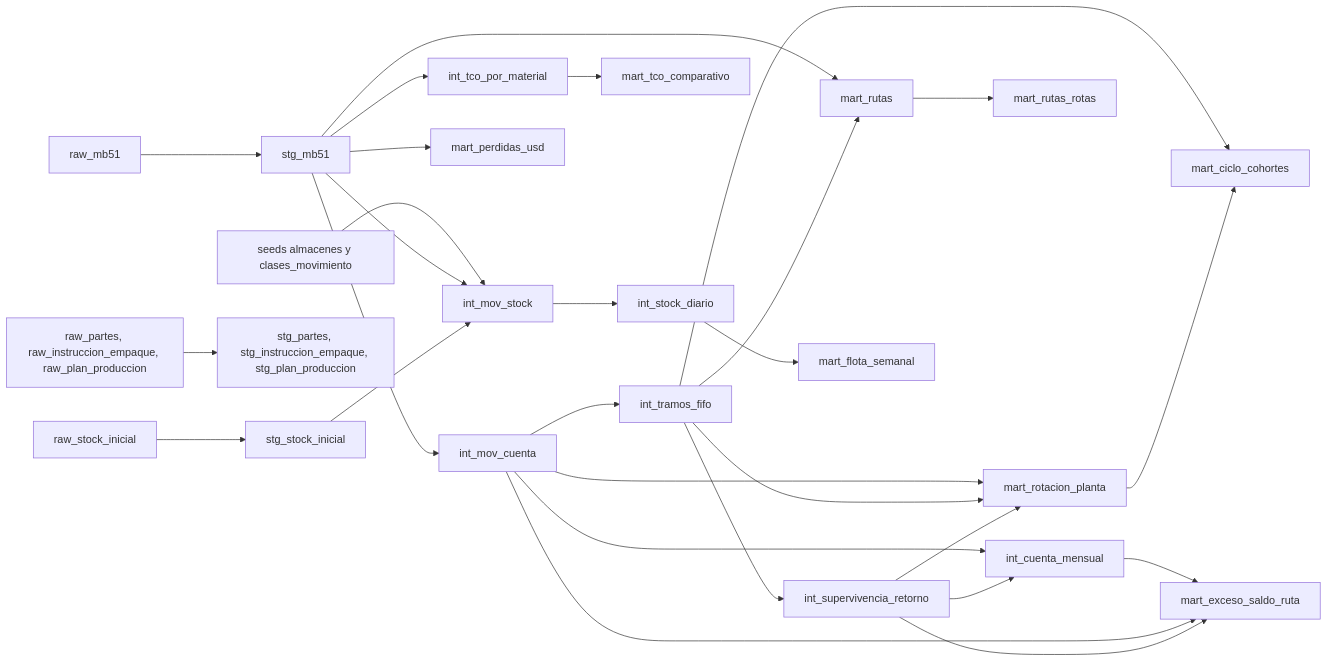
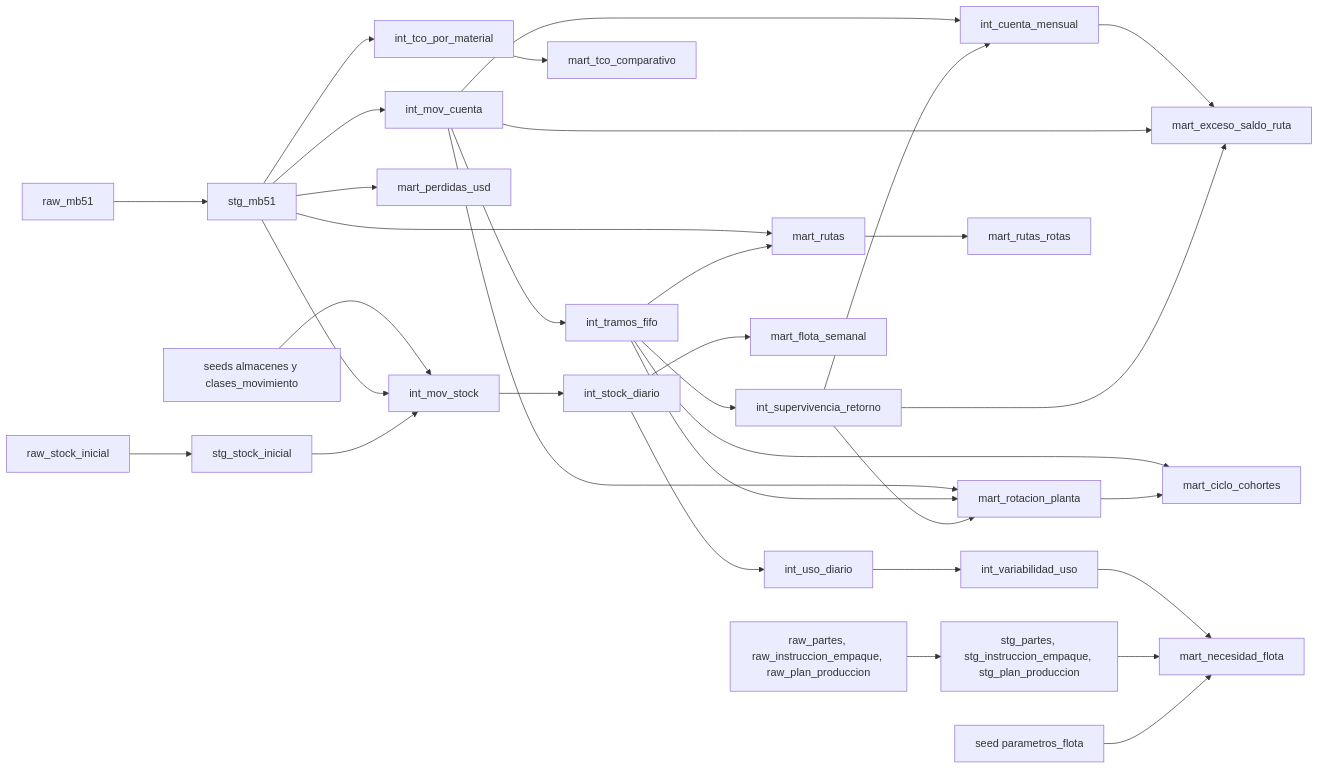
One commit to juancarlospradologistica-hub/returnable-packaging-intelligence changed the second of 3 diagrams in README.md. Above: the diagram before and after it, drawn with Mermaid. The commit also changed other lines of this file, not shown here.

Commit message:
README con la necesidad de flota y el estado de Fase 3b

````diff
--- a/README.md
+++ b/README.md
@@ -44,30 +44,35 @@
 ```mermaid
 flowchart LR
     raw[raw_mb51] --> stg[stg_mb51]
     rawsi[raw_stock_inicial] --> stgsi[stg_stock_inicial]
     rawplan[raw_partes, raw_instruccion_empaque, raw_plan_produccion] --> stgplan[stg_partes, stg_instruccion_empaque, stg_plan_produccion]
     stg --> mov[int_mov_cuenta]
     stg --> tcoi[int_tco_por_material]
     stg --> perd[mart_perdidas_usd]
     stg --> mrutas[mart_rutas]
     mov --> fifo[int_tramos_fifo]
     fifo --> sup[int_supervivencia_retorno]
     mov --> cuenta[int_cuenta_mensual]
     sup --> cuenta
     fifo --> mrutas
     mrutas --> rutas[mart_rutas_rotas]
     mov --> rot[mart_rotacion_planta]
     fifo --> rot
     sup --> rot
     fifo --> ciclo[mart_ciclo_cohortes]
     rot --> ciclo
     cuenta --> exceso[mart_exceso_saldo_ruta]
     mov --> exceso
     sup --> exceso
     tcoi --> tco[mart_tco_comparativo]
     seeds[seeds almacenes y clases_movimiento] --> movs[int_mov_stock]
     stg --> movs
     stgsi --> movs
     movs --> diario[int_stock_diario]
     diario --> flota[mart_flota_semanal]
+    diario --> uso[int_uso_diario]
+    uso --> var[int_variabilidad_uso]
+    var --> nec[mart_necesidad_flota]
+    stgplan --> nec
+    params[seed parametros_flota] --> nec
 ```
````
